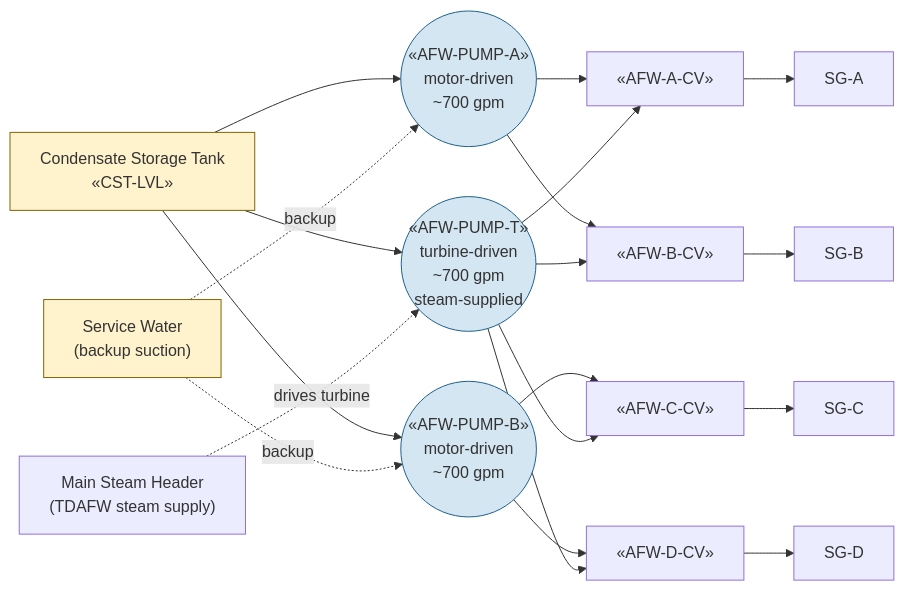
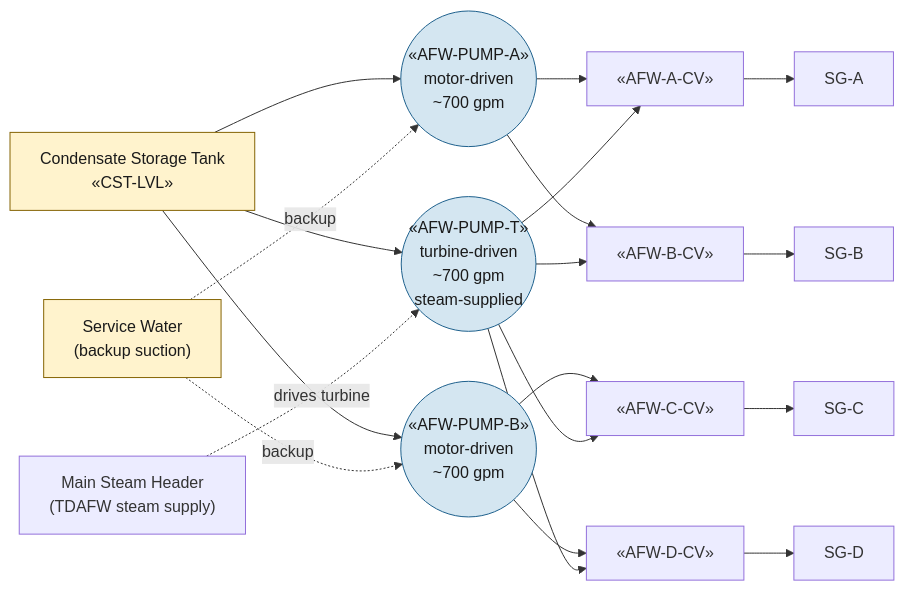
The diagram in wiki/systems/afw.md (samsinn-wikis/pwr-ops), drawn with Mermaid before and after one commit. The commit also changed 11 other files, not shown here.

First line of the commit message:
fix(systems): force dark text on light-fill mermaid nodes

````diff
--- a/wiki/systems/afw.md
+++ b/wiki/systems/afw.md
@@ -33,33 +33,33 @@
 ```mermaid
 flowchart LR
     CST["Condensate Storage Tank<br/>«CST-LVL»"]
     SW["Service Water<br/>(backup suction)"]
     MD_A(("«AFW-PUMP-A»<br/>motor-driven<br/>~700 gpm"))
     MD_B(("«AFW-PUMP-B»<br/>motor-driven<br/>~700 gpm"))
     TD(("«AFW-PUMP-T»<br/>turbine-driven<br/>~700 gpm<br/>steam-supplied"))
     CV_A["«AFW-A-CV»"]
     CV_B["«AFW-B-CV»"]
     CV_C["«AFW-C-CV»"]
     CV_D["«AFW-D-CV»"]
     SG_A["SG-A"]
     SG_B["SG-B"]
     SG_C["SG-C"]
     SG_D["SG-D"]
     MS["Main Steam Header<br/>(TDAFW steam supply)"]
 
     CST --> MD_A & MD_B & TD
     SW -. "backup" .-> MD_A & MD_B
     MS -. "drives turbine" .-> TD
     MD_A --> CV_A & CV_B
     MD_B --> CV_C & CV_D
     TD --> CV_A & CV_B & CV_C & CV_D
     CV_A --> SG_A
     CV_B --> SG_B
     CV_C --> SG_C
     CV_D --> SG_D
 
-    classDef pump fill:#d4e6f1,stroke:#1f618d
-    classDef tank fill:#fff3cd,stroke:#856404
+    classDef pump fill:#d4e6f1,stroke:#1f618d,color:#1a1a1a
+    classDef tank fill:#fff3cd,stroke:#856404,color:#1a1a1a
     class MD_A,MD_B,TD pump
     class CST,SW tank
 ```
````
